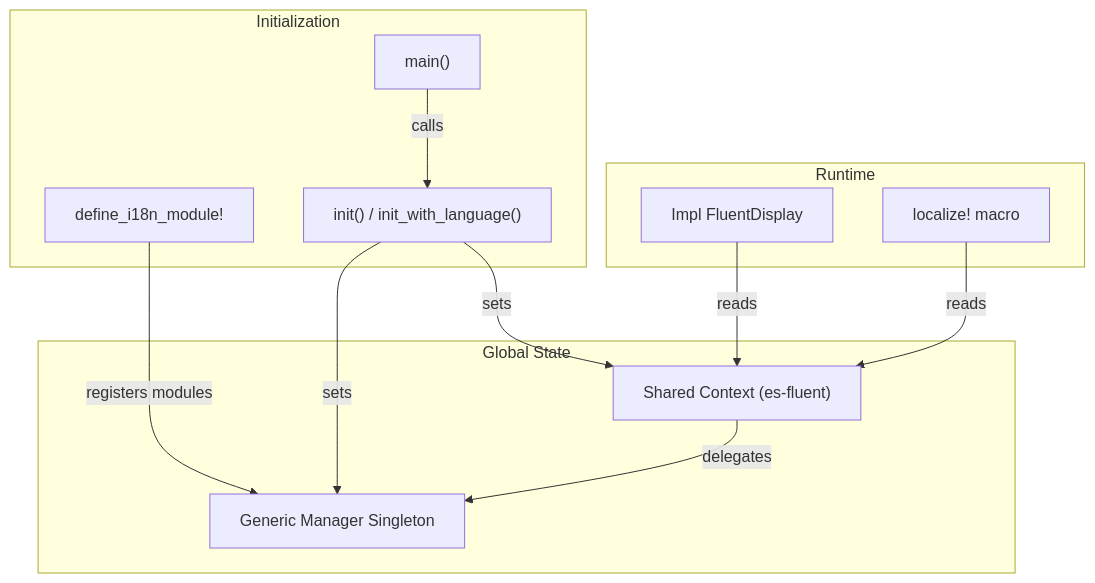
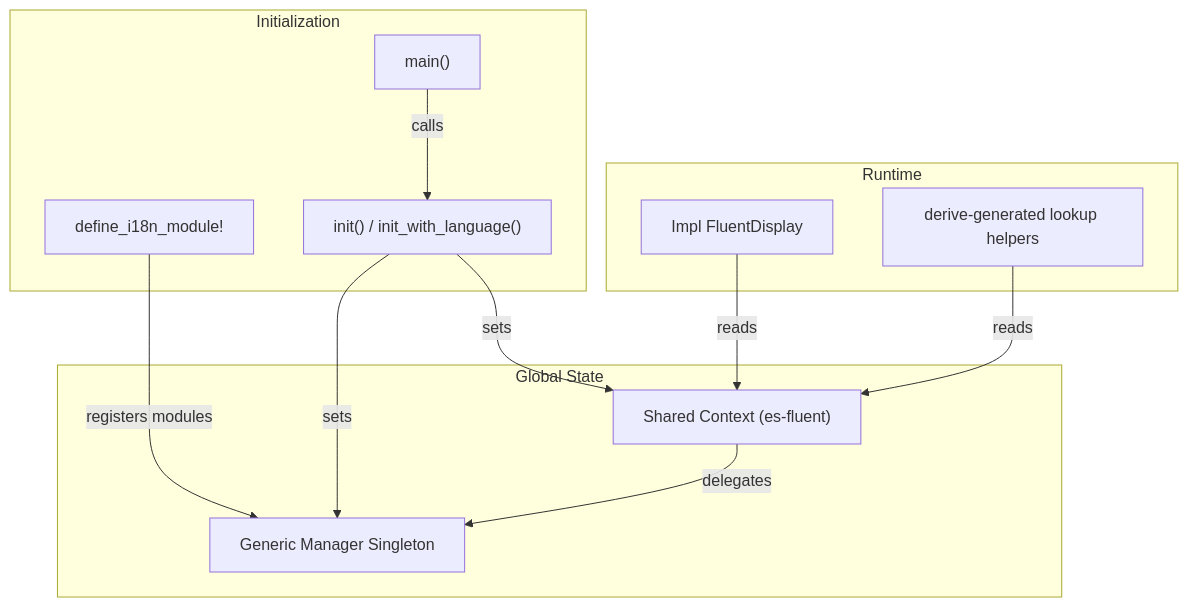
Before and after one commit to stayhydated/es-fluent: the diagram in crates/es-fluent-manager-embedded/docs/ARCHITECTURE.md, drawn with Mermaid. The commit also changed other lines of this file and 11 other files, not shown here.

````diff
--- a/crates/es-fluent-manager-embedded/docs/ARCHITECTURE.md
+++ b/crates/es-fluent-manager-embedded/docs/ARCHITECTURE.md
@@ -15,26 +15,26 @@
 ```mermaid
 flowchart TD
     subgraph INIT["Initialization"]
         MACRO["define_i18n_module!"]
         MAIN["main()"]
         INIT_FN["init() / init_with_language()"]
     end
 
     subgraph GLOBAL["Global State"]
         MGR["Generic Manager Singleton"]
         CTX["Shared Context (es-fluent)"]
     end
 
     subgraph RUNTIME["Runtime"]
         Display["Impl FluentDisplay"]
-        Localize["localize! macro"]
+        Localize["derive-generated lookup helpers"]
     end
 
     MACRO -->|registers modules| MGR
     MAIN -->|calls| INIT_FN
     INIT_FN -->|sets| MGR
     INIT_FN -->|sets| CTX
     Display -->|reads| CTX
     Localize -->|reads| CTX
     CTX -->|delegates| MGR
 ```
````
